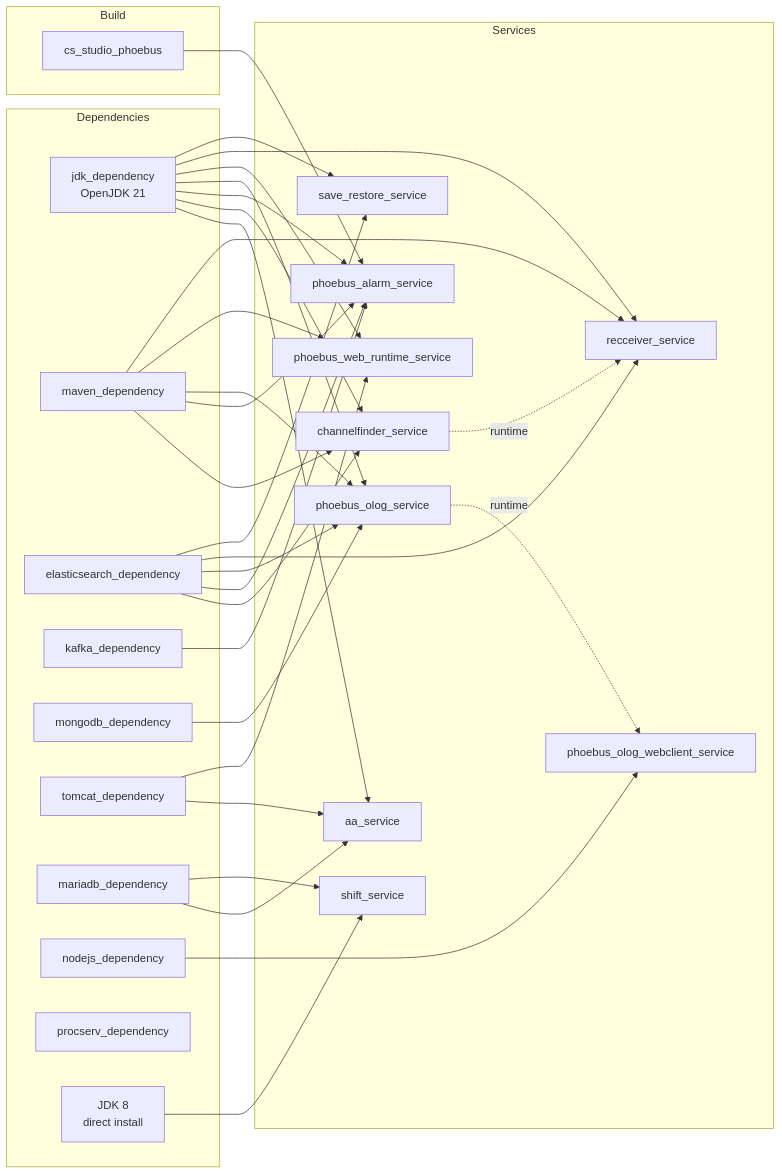
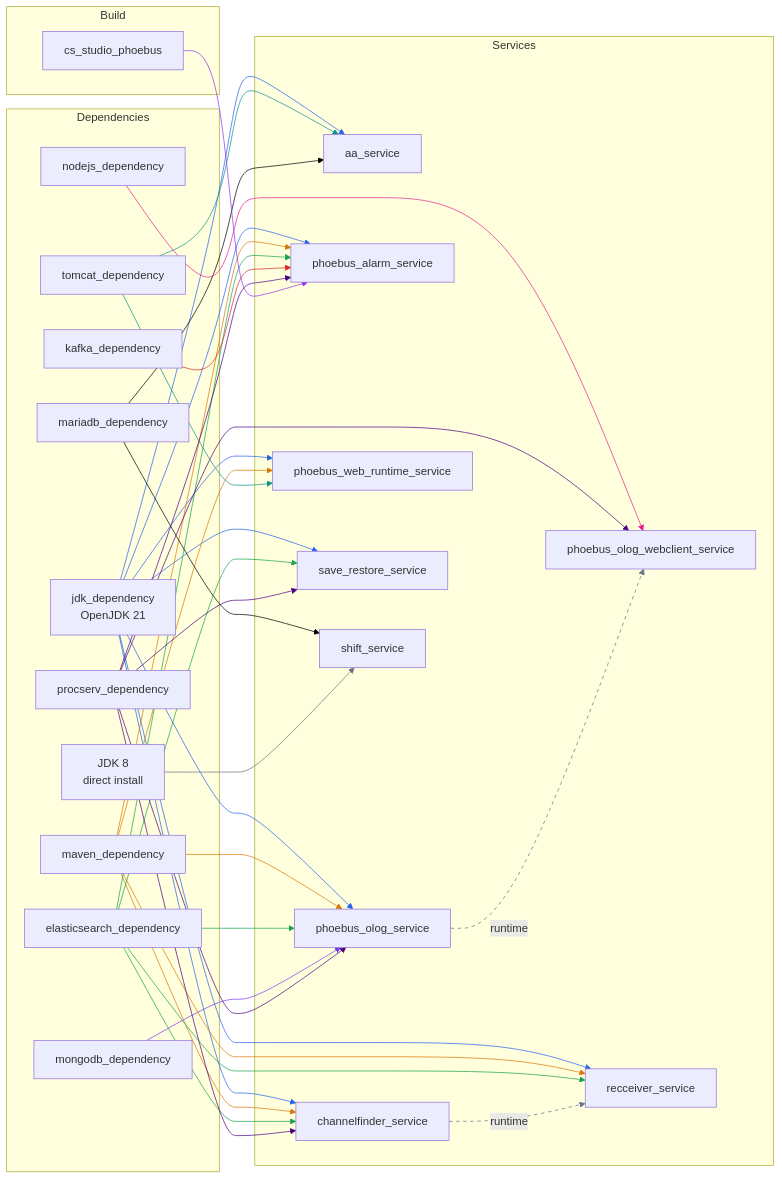
The diagram in README.md (NSLS2/nsls2.epics_services), drawn with Mermaid before and after one commit.

Commit message:
Add colored edges and procServ links to dependency graph
Color-code each dependency's edges for readability and add
procserv_dependency connections to the five services that use it.

````diff
--- a/README.md
+++ b/README.md
@@ -117,39 +117,60 @@
     end
 
     jdk --> aa
+    jdk --> cf
+    jdk --> alarm
+    jdk --> olog
+    jdk --> webrt
+    jdk --> rec
+    jdk --> savres
+
+    mvn --> cf
+    mvn --> alarm
+    mvn --> olog
+    mvn --> webrt
+    mvn --> rec
+
+    es --> cf
+    es --> alarm
+    es --> olog
+    es --> rec
+    es --> savres
+
+    kafka --> alarm
+
+    mongo --> olog
+
     tomcat --> aa
+    tomcat --> webrt
+
     mariadb --> aa
+    mariadb --> shift
 
-    jdk --> cf
-    mvn --> cf
-    es --> cf
+    nodejs --> olog_web
 
-    jdk --> alarm
-    mvn --> alarm
-    es --> alarm
-    kafka --> alarm
+    procserv --> cf
+    procserv --> alarm
+    procserv --> olog
+    procserv --> olog_web
+    procserv --> savres
+
+    jdk8 --> shift
+
     phoebus_build --> alarm
 
-    jdk --> olog
-    mvn --> olog
-    es --> olog
-    mongo --> olog
-
-    nodejs --> olog_web
     olog -.->|runtime| olog_web
-
-    jdk --> webrt
-    mvn --> webrt
-    tomcat --> webrt
-
-    jdk --> rec
-    mvn --> rec
-    es --> rec
     cf -.->|runtime| rec
 
-    jdk --> savres
-    es --> savres
-
-    jdk8 --> shift
-    mariadb --> shift
+    linkStyle 0,1,2,3,4,5,6 stroke:#2563eb
+    linkStyle 7,8,9,10,11 stroke:#d97706
+    linkStyle 12,13,14,15,16 stroke:#16a34a
+    linkStyle 17 stroke:#dc2626
+    linkStyle 18 stroke:#7c3aed
+    linkStyle 19,20 stroke:#0d9488
+    linkStyle 21,22 stroke:#000000
+    linkStyle 23 stroke:#e91e8f
+    linkStyle 24,25,26,27,28 stroke:#4b0082
+    linkStyle 29 stroke:#6b7280
+    linkStyle 30 stroke:#9333ea
+    linkStyle 31,32 stroke:#64748b,stroke-dasharray:5 5
 ```
````
